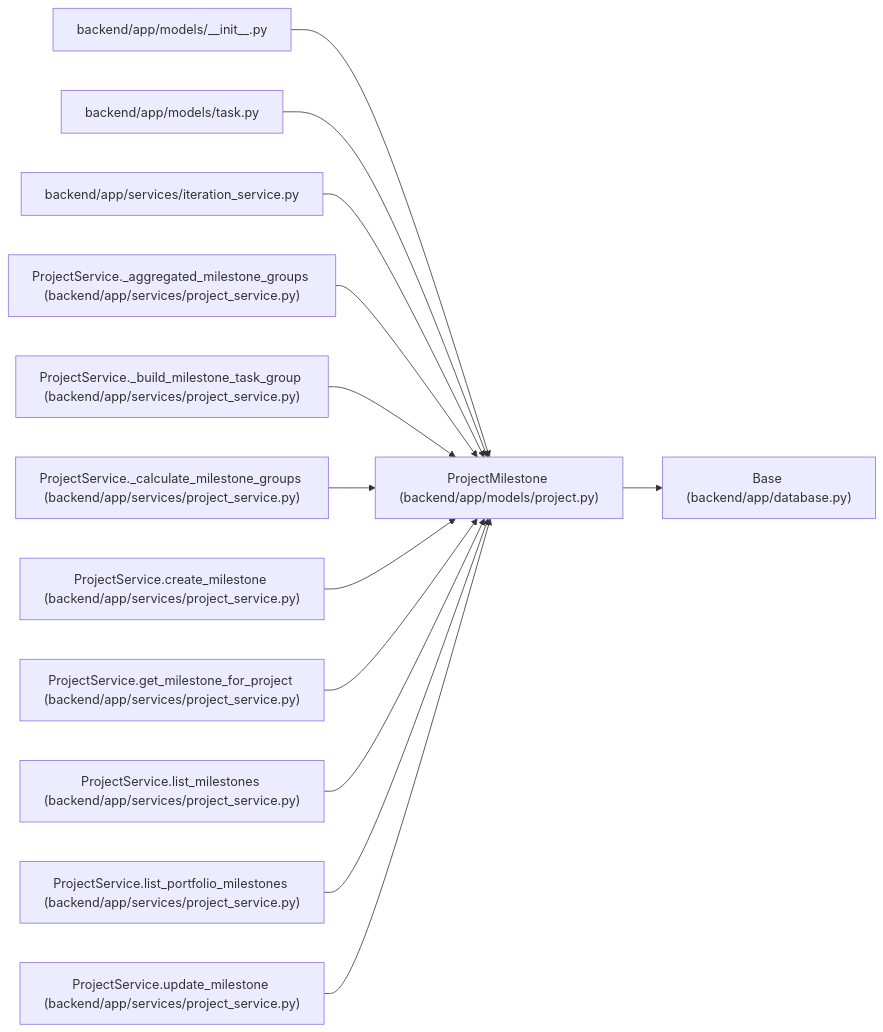
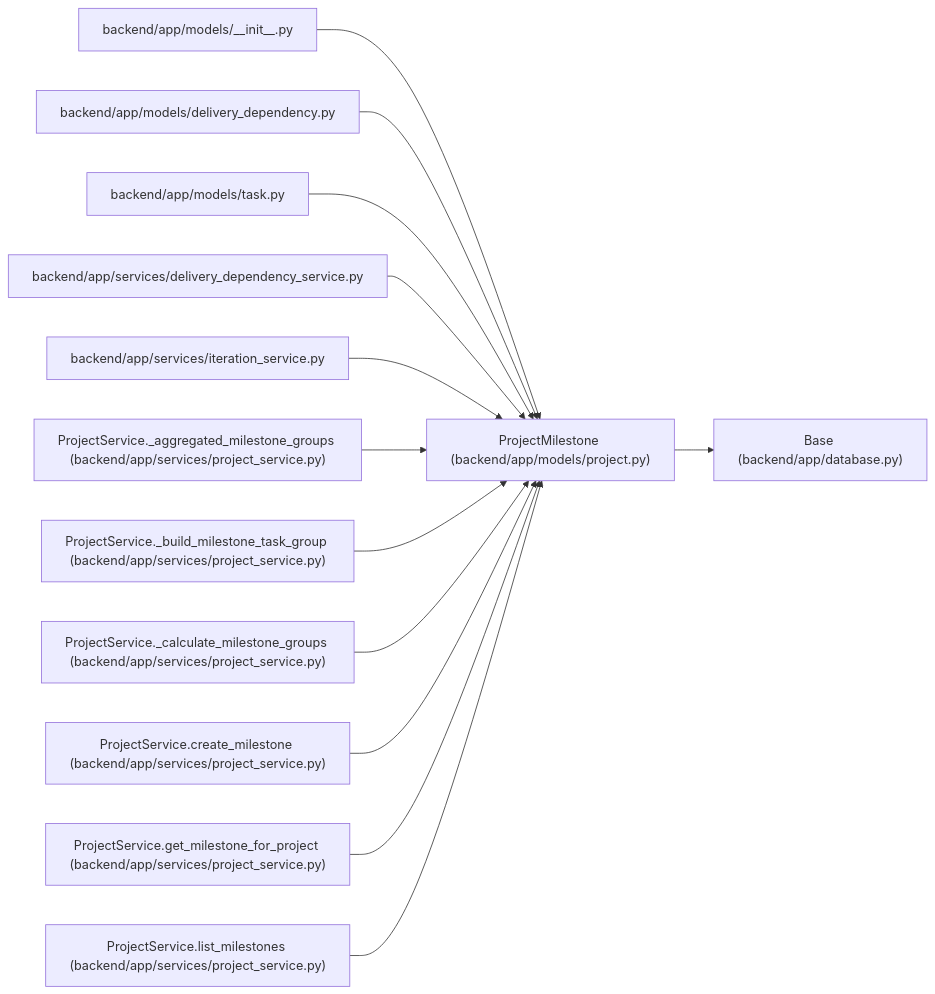
One commit to Denissvgn/WorkChord changed the diagram in docs/llm_wiki/entities/models_project_ProjectMilestone.md. Above: the diagram before and after it, drawn with Mermaid. The commit also changed other lines of this file and 1888 other files, not shown here.

````diff
--- a/docs/llm_wiki/entities/models_project_ProjectMilestone.md
+++ b/docs/llm_wiki/entities/models_project_ProjectMilestone.md
@@ -36,41 +36,41 @@
 ```mermaid
 flowchart LR
     n0["ProjectMilestone (backend/app/models/project.py)"]
     n1["Base (backend/app/database.py)"]
     n2["backend/app/models/__init__.py"]
-    n3["backend/app/models/task.py"]
-    n4["backend/app/services/iteration_service.py"]
-    n5["ProjectService._aggregated_milestone_groups (backend/app/services/project_service.py)"]
-    n6["ProjectService._build_milestone_task_group (backend/app/services/project_service.py)"]
-    n7["ProjectService._calculate_milestone_groups (backend/app/services/project_service.py)"]
-    n8["ProjectService.create_milestone (backend/app/services/project_service.py)"]
-    n9["ProjectService.get_milestone_for_project (backend/app/services/project_service.py)"]
-    n10["ProjectService.list_milestones (backend/app/services/project_service.py)"]
-    n11["ProjectService.list_portfolio_milestones (backend/app/services/project_service.py)"]
-    n12["ProjectService.update_milestone (backend/app/services/project_service.py)"]
+    n3["backend/app/models/delivery_dependency.py"]
+    n4["backend/app/models/task.py"]
+    n5["backend/app/services/delivery_dependency_service.py"]
+    n6["backend/app/services/iteration_service.py"]
+    n7["ProjectService._aggregated_milestone_groups (backend/app/services/project_service.py)"]
+    n8["ProjectService._build_milestone_task_group (backend/app/services/project_service.py)"]
+    n9["ProjectService._calculate_milestone_groups (backend/app/services/project_service.py)"]
+    n10["ProjectService.create_milestone (backend/app/services/project_service.py)"]
+    n11["ProjectService.get_milestone_for_project (backend/app/services/project_service.py)"]
+    n12["ProjectService.list_milestones (backend/app/services/project_service.py)"]
     n0 --> n1
     n2 --> n0
     n3 --> n0
     n4 --> n0
     n5 --> n0
     n6 --> n0
     n7 --> n0
     n8 --> n0
     n9 --> n0
     n10 --> n0
     n11 --> n0
     n12 --> n0
     click n0 "../modules/models_project.md"
     click n1 "../modules/app_database.md"
     click n2 "../modules/models___init__.md"
-    click n3 "../modules/models_task.md"
-    click n4 "../modules/iteration_service.md"
-    click n5 "../modules/project_service.md"
-    click n6 "../modules/project_service.md"
+    click n3 "../modules/delivery_dependency.md"
+    click n4 "../modules/models_task.md"
+    click n5 "../modules/delivery_dependency_service.md"
+    click n6 "../modules/iteration_service.md"
     click n7 "../modules/project_service.md"
     click n8 "../modules/project_service.md"
     click n9 "../modules/project_service.md"
     click n10 "../modules/project_service.md"
     click n11 "../modules/project_service.md"
     click n12 "../modules/project_service.md"
 ```
````
